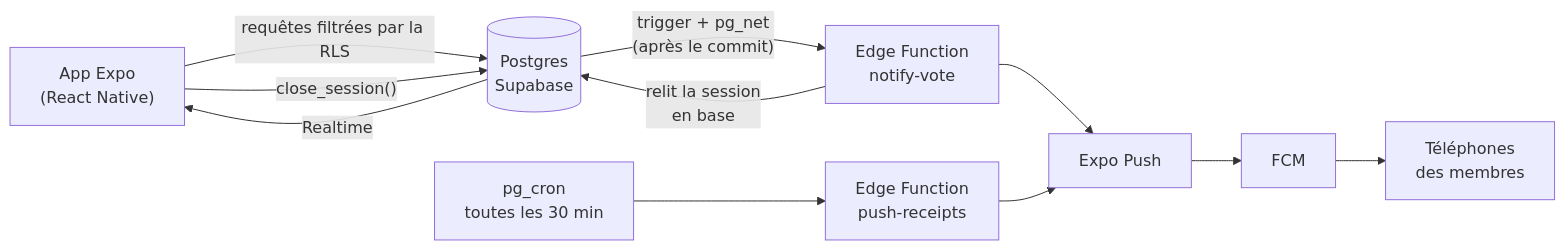
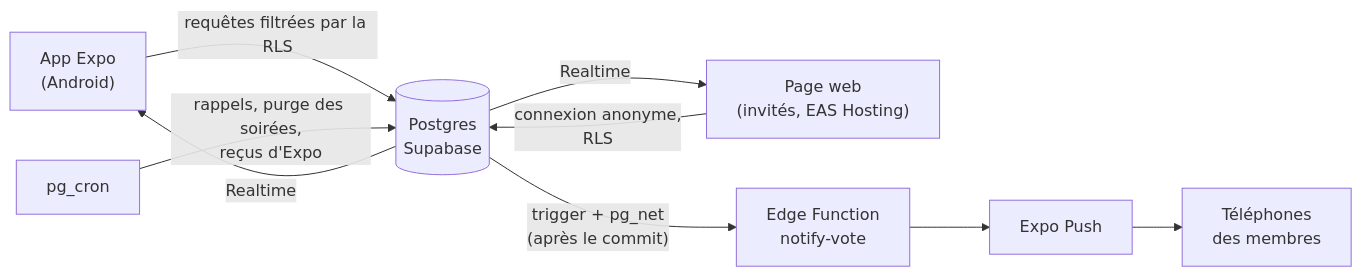
The diagram in README.md (BryanChn/on-mange-quoi), drawn with Mermaid before and after one commit. The commit also changed other lines of this file, not shown here.

First line of the commit message:
docs(readme): l'app d'aujourd'hui, soirées et invités compris

````diff
--- a/README.md
+++ b/README.md
@@ -39,10 +48,10 @@
 ```mermaid
 flowchart LR
-    App["App Expo<br/>(React Native)"] -- "requêtes filtrées par la RLS" --> DB[("Postgres<br/>Supabase")]
-    App -- "close_session()" --> DB
+    App["App Expo<br/>(Android)"] -- "requêtes filtrées par la RLS" --> DB[("Postgres<br/>Supabase")]
+    Web["Page web<br/>(invités, EAS Hosting)"] -- "connexion anonyme,<br/>RLS" --> DB
     DB -- "Realtime" --> App
+    DB -- "Realtime" --> Web
     DB -- "trigger + pg_net<br/>(après le commit)" --> Fn["Edge Function<br/>notify-vote"]
-    Fn -- "relit la session<br/>en base" --> DB
-    Fn --> Expo["Expo Push"] --> FCM["FCM"] --> Phone["Téléphones<br/>des membres"]
-    Cron["pg_cron<br/>toutes les 30 min"] --> Rec["Edge Function<br/>push-receipts"] --> Expo
+    Fn --> Expo["Expo Push"] --> Phone["Téléphones<br/>des membres"]
+    Cron["pg_cron"] -- "rappels, purge des soirées,<br/>reçus d'Expo" --> DB
 ```
````
